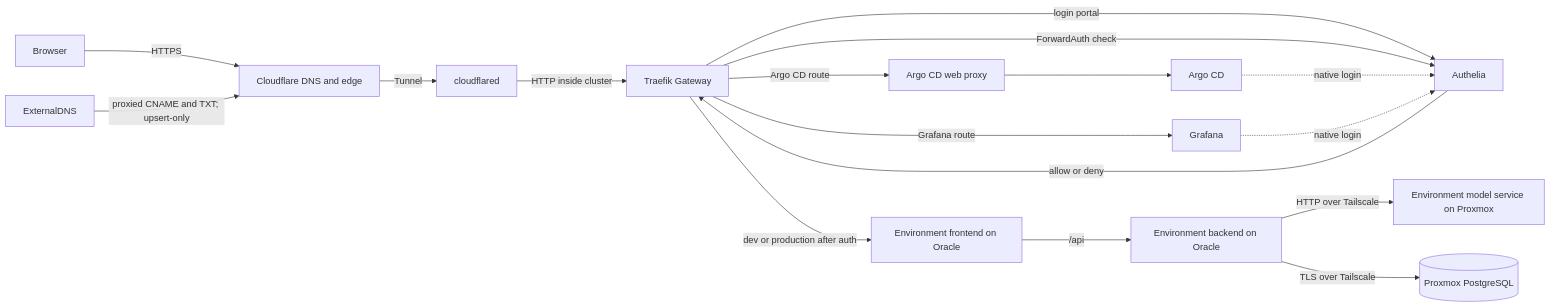
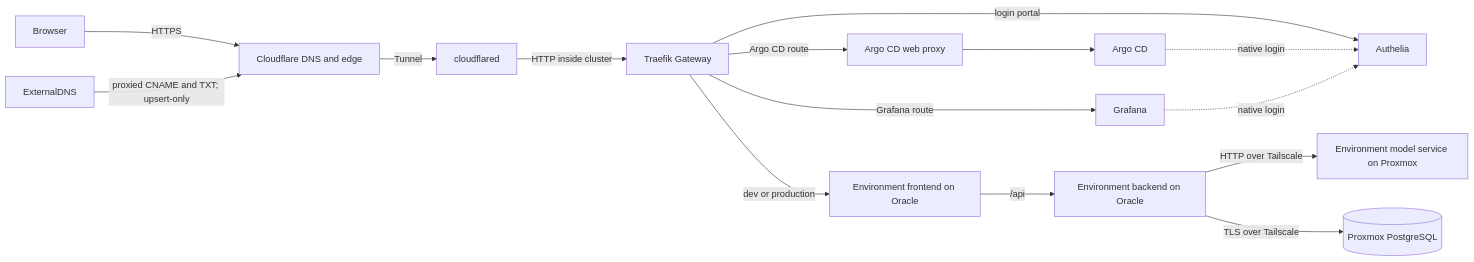
Before and after one commit to Disease-Prediction-ASET26/disease-prediction-docs: the third of 3 diagrams in devops/README.md, drawn with Mermaid. The commit also changed other lines of this file, not shown here.

Commit message:
Update frontend access overview (#23)

````diff
--- a/devops/README.md
+++ b/devops/README.md
@@ -101,21 +101,19 @@
 ```mermaid
 flowchart LR
   browser[Browser] -->|HTTPS| cloudflare[Cloudflare DNS and edge]
   cloudflare -->|Tunnel| cloudflared[cloudflared]
   cloudflared -->|HTTP inside cluster| traefik[Traefik Gateway]
 
   traefik -->|login portal| authelia[Authelia]
   traefik -->|Argo CD route| proxy[Argo CD web proxy]
   proxy --> argocd[Argo CD]
   traefik -->|Grafana route| grafana[Grafana]
-  traefik -->|ForwardAuth check| authelia[Authelia]
-  authelia -->|allow or deny| traefik
-  traefik -->|dev or production after auth| frontend[Environment frontend on Oracle]
+  traefik -->|dev or production| frontend[Environment frontend on Oracle]
   frontend -->|/api| backend[Environment backend on Oracle]
   backend -->|HTTP over Tailscale| model[Environment model service on Proxmox]
   backend -->|TLS over Tailscale| postgres[(Proxmox PostgreSQL)]
   argocd -. native login .-> authelia
   grafana -. native login .-> authelia
 
   externalDNS[ExternalDNS] -->|proxied CNAME and TXT; upsert-only| cloudflare
 ```
````
